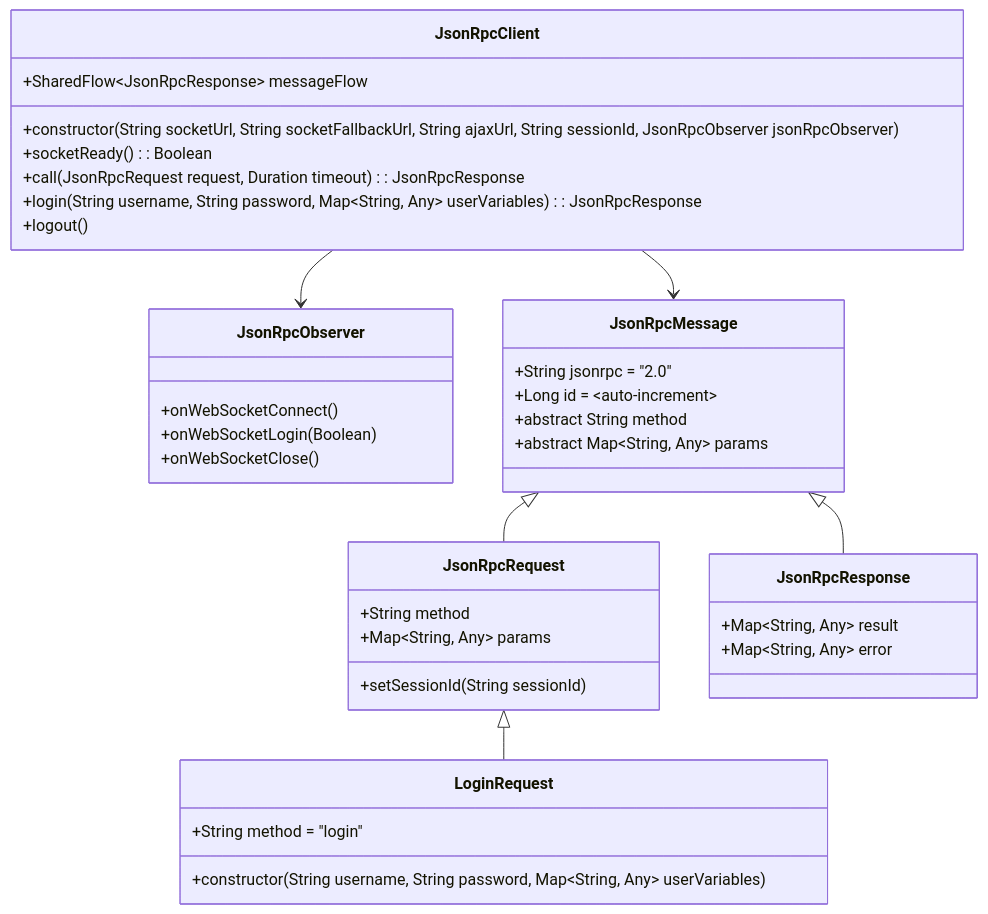
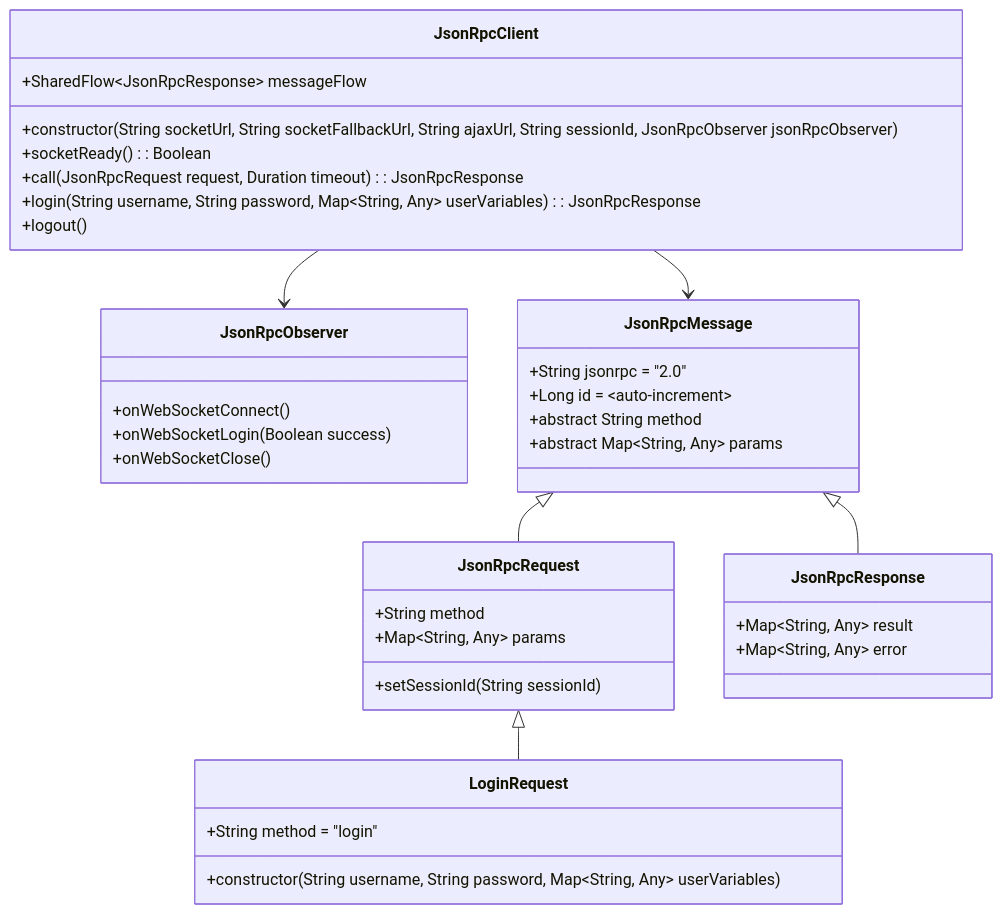
Before and after one commit to bjenning04/foam: the first of 3 diagrams in verto-design.md, drawn with Mermaid. The commit also changed other lines of this file, not shown here.

````diff
--- a/verto-design.md
+++ b/verto-design.md
@@ -22,49 +22,49 @@
 ```mermaid
 ---
 displayMode: compact
 ---
 classDiagram
     JsonRpcClient --> JsonRpcObserver
     JsonRpcClient --> JsonRpcMessage
     JsonRpcMessage <|-- JsonRpcRequest
     JsonRpcMessage <|-- JsonRpcResponse
     JsonRpcRequest <|-- LoginRequest
 
     class JsonRpcClient {
         +SharedFlow~JsonRpcResponse~ messageFlow
         +constructor(String socketUrl, String socketFallbackUrl, String ajaxUrl, String sessionId, JsonRpcObserver jsonRpcObserver)
         +socketReady(): Boolean
         +call(JsonRpcRequest request, Duration timeout): JsonRpcResponse
         +login(String username, String password, Map~String, Any~ loginParams, Map~String, Any~ userVariables): JsonRpcResponse
         +logout()
     }
 
     class JsonRpcMessage {
         +String jsonrpc = "2.0"
         +Long id = ~auto-increment~
         +abstract String method
         +abstract Map~String, Any~ params
     }
 
     class JsonRpcObserver {
         +onWebSocketConnect()
-        +onWebSocketLogin(Boolean)
+        +onWebSocketLogin(Boolean success)
         +onWebSocketClose()
     }
 
     class JsonRpcRequest {
         +String method
         +Map~String, Any~ params
         +setSessionId(String sessionId)
     }
 
     class JsonRpcResponse {
         +Map~String, Any~ result
         +Map~String, Any~ error
     }
 
     class LoginRequest {
         +String method = "login"
         +constructor(String username, String password, Map~String, Any~ loginParams, Map~String, Any~ userVariables)
     }
 ```
````
